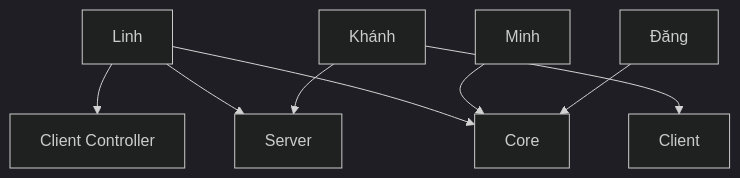
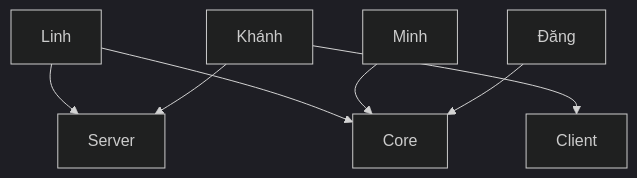
Before and after one commit to linhsayshii/TheAllNewBinance: the diagram in README.md, drawn with Mermaid (dark theme).

````diff
--- a/README.md
+++ b/README.md
@@ -36,22 +36,20 @@
 ```mermaid
 graph TD
     Linh[Linh]
     Khanh[Khánh]
     Minh[Minh]
     Dang[Đăng]
 
     Core[Core]
     Server[Server]
-    ClientController[Client Controller]
     Client[Client]
 
     Linh --> Server
     Linh --> Core
-    Linh --> ClientController
 
     Khanh --> Client
     Khanh --> Server
 
     Minh --> Core
     Dang --> Core
 ```
````
